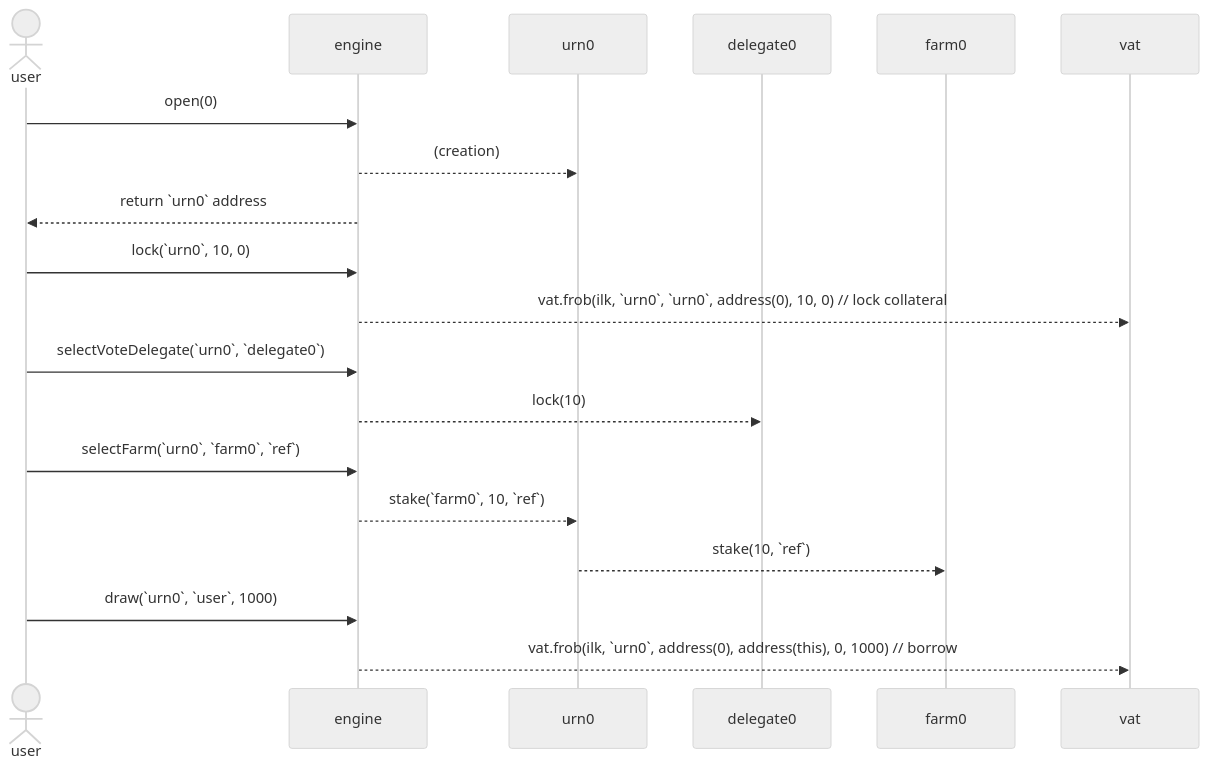
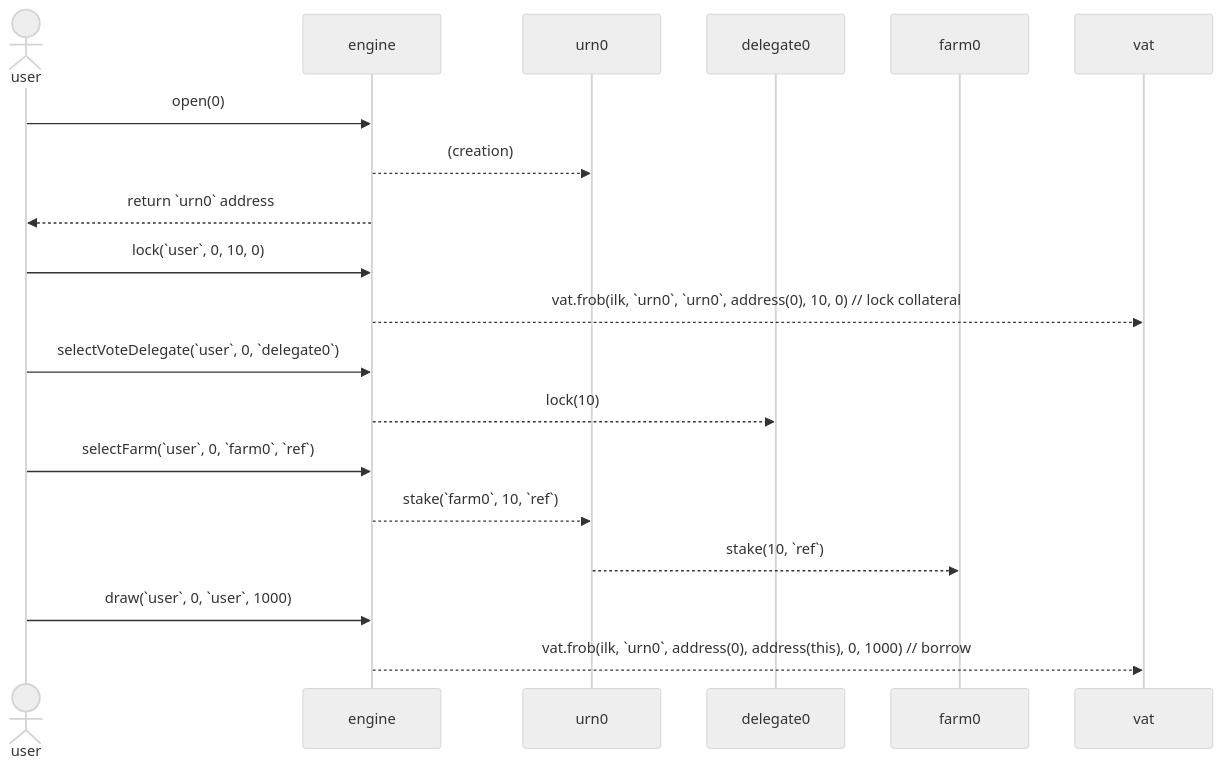
The diagram in README.md (makerdao/lockstake), drawn with Mermaid (neutral theme) before and after one commit. The commit also changed other lines of this file and 4 other files, not shown here.

````diff
--- a/README.md
+++ b/README.md
@@ -51,27 +51,27 @@
 ```mermaid
 sequenceDiagram
 	Actor user
     participant engine
     participant urn0
     participant delegate0
     participant farm0
     participant vat
     
     user->>engine: open(0)
     engine-->>urn0: (creation)
     engine-->>user: return `urn0` address
        
-    user->>engine: lock(`urn0`, 10, 0)
+    user->>engine: lock(`user`, 0, 10, 0)
     engine-->>vat: vat.frob(ilk, `urn0`, `urn0`, address(0), 10, 0) // lock collateral
     
-    user->>engine: selectVoteDelegate(`urn0`, `delegate0`)
+    user->>engine: selectVoteDelegate(`user`, 0, `delegate0`)
     engine-->>delegate0: lock(10)
     
-    user->>engine: selectFarm(`urn0`, `farm0`, `ref`)
+    user->>engine: selectFarm(`user`, 0, `farm0`, `ref`)
     engine-->>urn0: stake(`farm0`, 10, `ref`)
     urn0-->>farm0: stake(10, `ref`);
     
        
-    user->>engine: draw(`urn0`, `user`, 1000)
+    user->>engine: draw(`user`, 0, `user`, 1000)
     engine-->>vat: vat.frob(ilk, `urn0`, address(0), address(this), 0, 1000) // borrow
 ```
````
